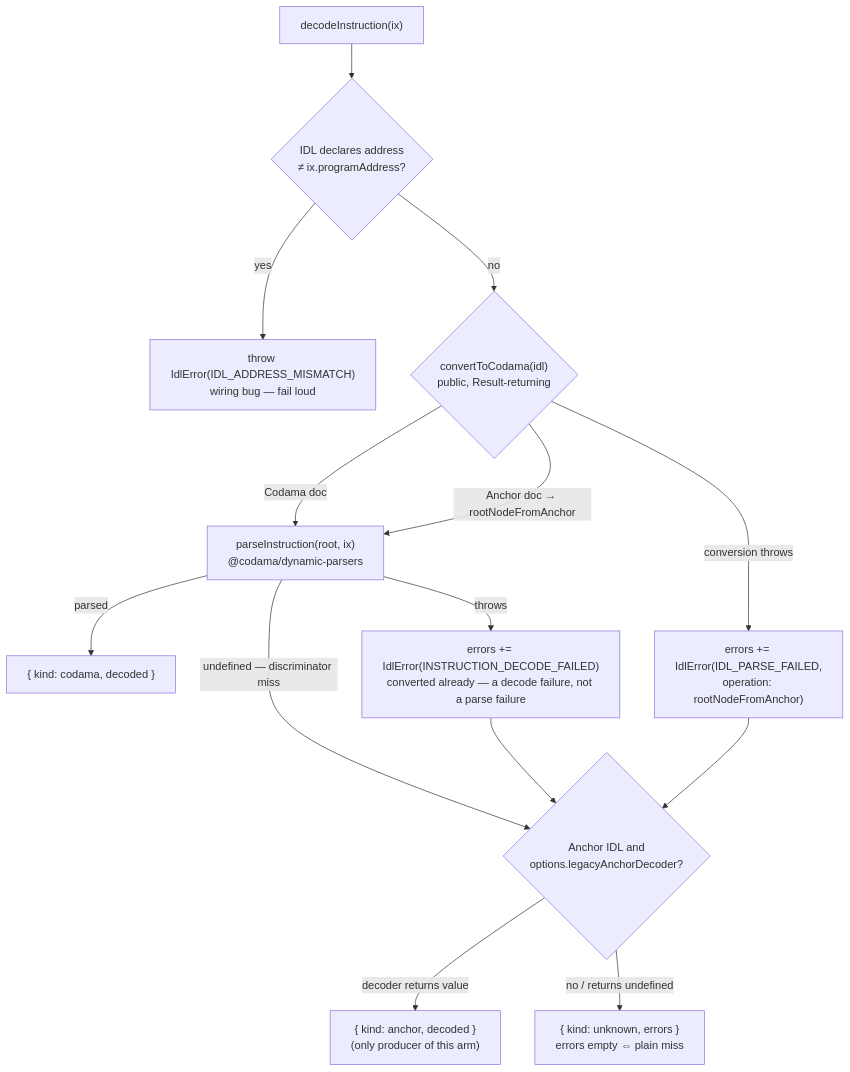
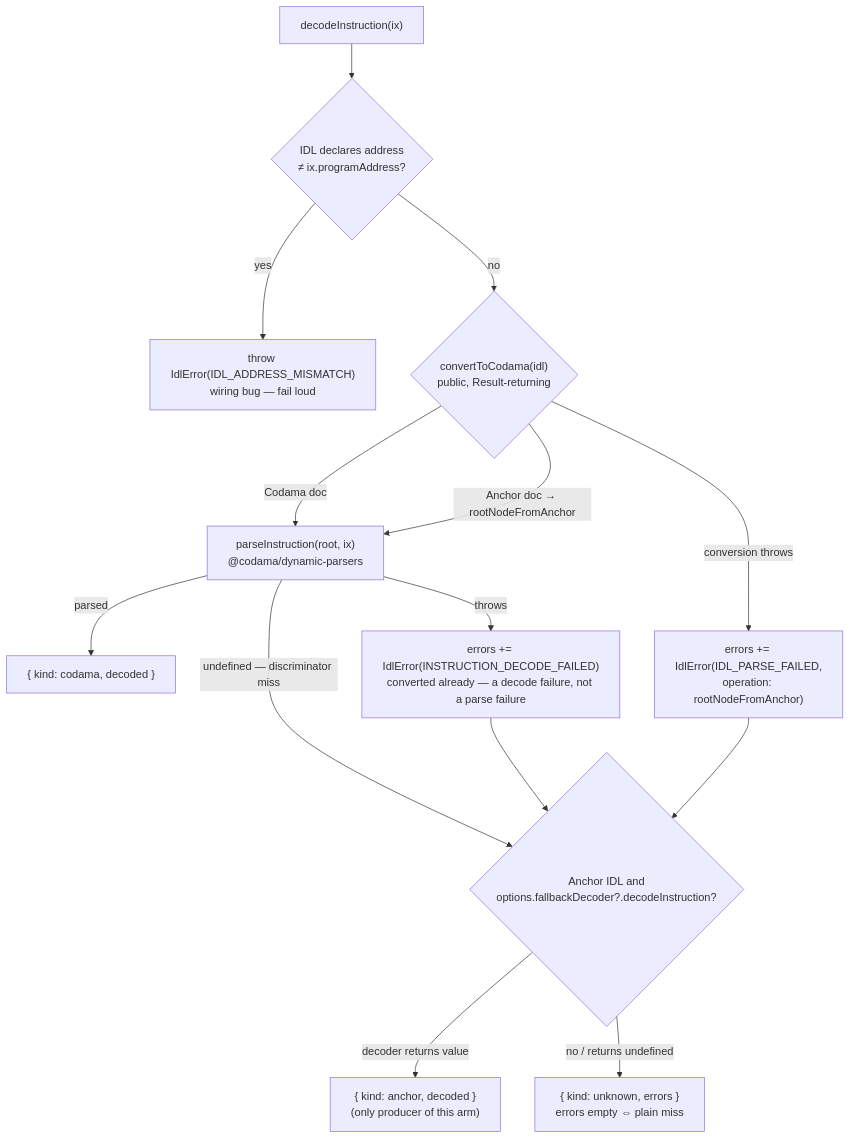
The second of 2 diagrams in packages/idl/DESIGN.md (hoodieshq/explorer), drawn with Mermaid before and after one commit. The commit also changed other lines of this file and 11 other files, not shown here.

Commit message:
feat(idl): replace legacyAnchorDecoder with a symmetric fallbackDecoder for instructions and accounts

````diff
--- a/packages/idl/DESIGN.md
+++ b/packages/idl/DESIGN.md
@@ -53,16 +53,16 @@
 ```mermaid
 flowchart TD
     IX["decodeInstruction(ix)"] --> ADDR{"IDL declares address<br/>≠ ix.programAddress?"}
     ADDR -->|yes| MISMATCH["throw IdlError(IDL_ADDRESS_MISMATCH)<br/>wiring bug — fail loud"]
     ADDR -->|no| ROOT{"convertToCodama(idl)<br/>public, Result-returning"}
     ROOT -->|"Codama doc"| PARSE
     ROOT -->|"Anchor doc → rootNodeFromAnchor"| PARSE["parseInstruction(root, ix)<br/>@codama/dynamic-parsers"]
     ROOT -->|"conversion throws"| COLLECT["errors += IdlError(IDL_PARSE_FAILED,<br/>operation: rootNodeFromAnchor)"]
     PARSE -->|"parsed"| CODAMA["{ kind: codama, decoded }"]
     PARSE -->|"undefined — discriminator miss"| FALLBACK
     PARSE -->|"throws"| COLLECT2["errors += IdlError(INSTRUCTION_DECODE_FAILED)<br/>converted already — a decode failure, not a parse failure"]
-    COLLECT --> FALLBACK{"Anchor IDL and<br/>options.legacyAnchorDecoder?"}
+    COLLECT --> FALLBACK{"Anchor IDL and<br/>options.fallbackDecoder?.decodeInstruction?"}
     COLLECT2 --> FALLBACK
     FALLBACK -->|"decoder returns value"| ANCHOR["{ kind: anchor, decoded }<br/>(only producer of this arm)"]
     FALLBACK -->|"no / returns undefined"| UNKNOWN["{ kind: unknown, errors }<br/>errors empty ⇔ plain miss"]
 ```
````
